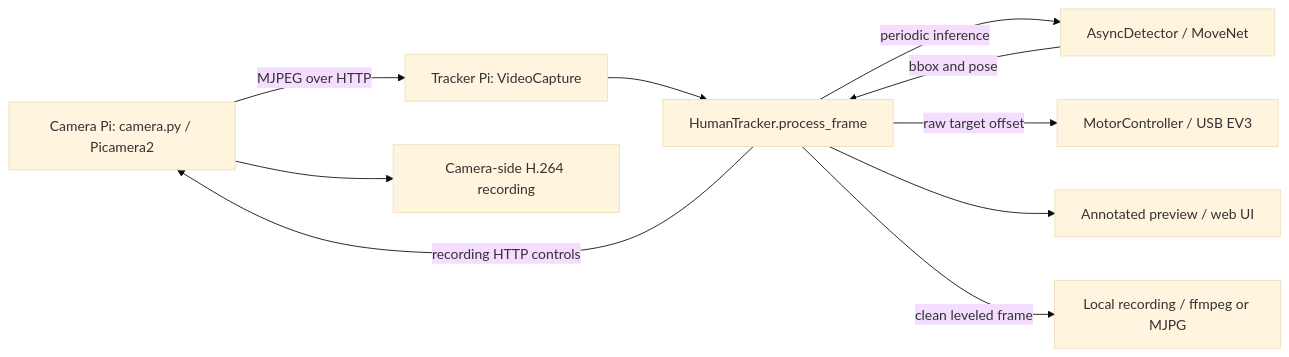
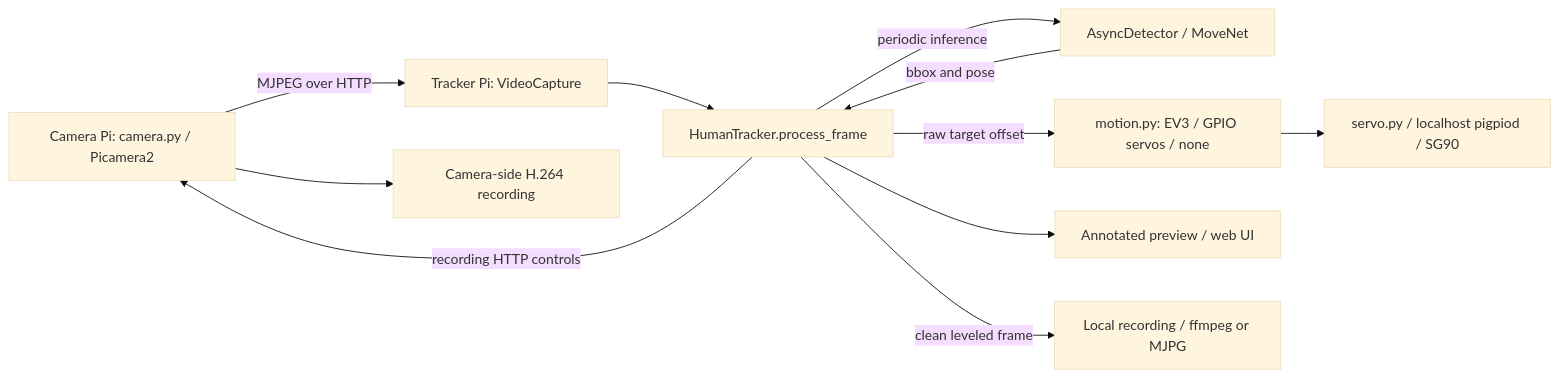
One commit to lordcoudy/piStreamTracker changed the diagram in PROJECT_MAP.md. Above: the diagram before and after it, drawn with Mermaid (base theme). The commit also changed other lines of this file and 1 other file, not shown here.

````diff
--- a/PROJECT_MAP.md
+++ b/PROJECT_MAP.md
@@ -14,12 +16,13 @@
 ```mermaid
 flowchart LR
     Camera["Camera Pi: camera.py / Picamera2"] -->|MJPEG over HTTP| Capture["Tracker Pi: VideoCapture"]
     Capture --> Human["HumanTracker.process_frame"]
     Human -->|periodic inference| Detector["AsyncDetector / MoveNet"]
     Detector -->|bbox and pose| Human
-    Human -->|raw target offset| Motors["MotorController / USB EV3"]
+    Human -->|raw target offset| Motors["motion.py: EV3 / GPIO servos / none"]
+    Motors --> GPIO["servo.py / localhost pigpiod / SG90"]
     Human --> Preview["Annotated preview / web UI"]
     Human -->|clean leveled frame| Local["Local recording / ffmpeg or MJPG"]
     Human -->|recording HTTP controls| Camera
     Camera --> Remote["Camera-side H.264 recording"]
 ```
````
